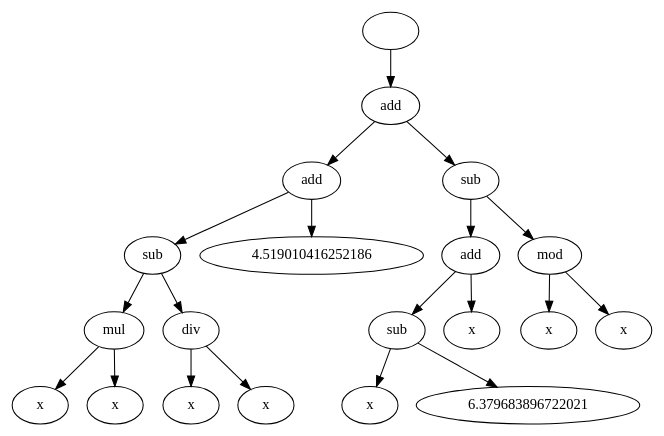
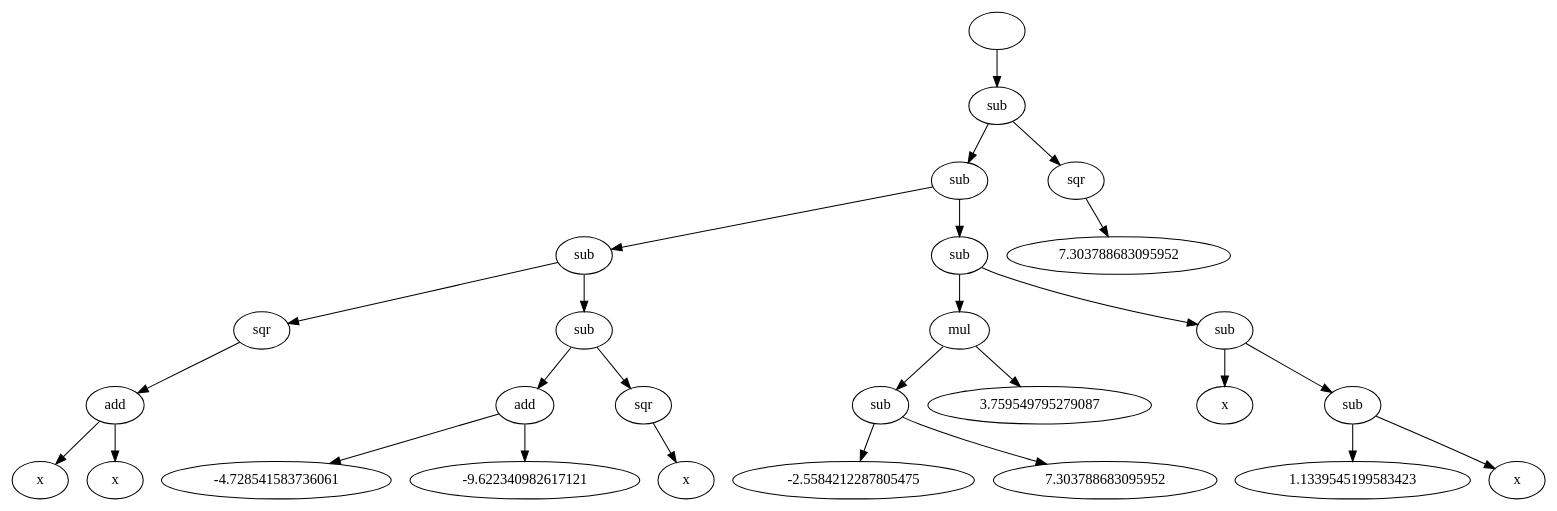
One commit to munifgebara/josilTs changed the diagram in report/best.dot. Above: the diagram before and after it, drawn with Graphviz. The commit also changed 46 other files, not shown here.

```diff
--- a/report/best.dot
+++ b/report/best.dot
@@ -1,41 +1,55 @@
- digraph G5508423 {
-N5508423 [label=""];
-N5508423 -> N5508424;
-N5508424 [label="add"];
-N5508424 -> N5508425;
-N5508425 [label="add"];
-N5508425 -> N5508426;
-N5508426 [label="sub"];
-N5508426 -> N5508427;
-N5508427 [label="mul"];
-N5508427 -> N5508428;
-N5508428 [label="x"];
-N5508427 -> N5508429;
-N5508429 [label="x"];
-N5508426 -> N5508430;
-N5508430 [label="div"];
-N5508430 -> N5508431;
-N5508431 [label="x"];
-N5508430 -> N5508432;
-N5508432 [label="x"];
-N5508425 -> N5508433;
-N5508433 [label="4.519010416252186"];
-N5508424 -> N5508434;
-N5508434 [label="sub"];
-N5508434 -> N5508435;
-N5508435 [label="add"];
-N5508435 -> N5508436;
-N5508436 [label="sub"];
-N5508436 -> N5508437;
-N5508437 [label="x"];
-N5508436 -> N5508438;
-N5508438 [label="6.379683896722021"];
-N5508435 -> N5508439;
-N5508439 [label="x"];
-N5508434 -> N5508440;
-N5508440 [label="mod"];
-N5508440 -> N5508602;
-N5508602 [label="x"];
-N5508440 -> N5508444;
-N5508444 [label="x"];
+ digraph G6870003 {
+N6870003 [label=""];
+N6870003 -> N6870004;
+N6870004 [label="sub"];
+N6870004 -> N6870005;
+N6870005 [label="sub"];
+N6870005 -> N6870006;
+N6870006 [label="sub"];
+N6870006 -> N6870007;
+N6870007 [label="sqr"];
+N6870007 -> N6870008;
+N6870008 [label="add"];
+N6870008 -> N6870009;
+N6870009 [label="x"];
+N6870008 -> N6870010;
+N6870010 [label="x"];
+N6870006 -> N6870011;
+N6870011 [label="sub"];
+N6870011 -> N6870012;
+N6870012 [label="add"];
+N6870012 -> N6870013;
+N6870013 [label="-4.728541583736061"];
+N6870012 -> N6870014;
+N6870014 [label="-9.622340982617121"];
+N6870011 -> N6870015;
+N6870015 [label="sqr"];
+N6870015 -> N6870016;
+N6870016 [label="x"];
+N6870005 -> N6870017;
+N6870017 [label="sub"];
+N6870017 -> N6870018;
+N6870018 [label="mul"];
+N6870018 -> N6870019;
+N6870019 [label="sub"];
+N6870019 -> N6870020;
+N6870020 [label="-2.5584212287805475"];
+N6870019 -> N6870021;
+N6870021 [label="7.303788683095952"];
+N6870018 -> N6870022;
+N6870022 [label="3.759549795279087"];
+N6870017 -> N6870023;
+N6870023 [label="sub"];
+N6870023 -> N6870024;
+N6870024 [label="x"];
+N6870023 -> N6870025;
+N6870025 [label="sub"];
+N6870025 -> N6870026;
+N6870026 [label="1.1339545199583423"];
+N6870025 -> N6870236;
+N6870236 [label="x"];
+N6870004 -> N6870040;
+N6870040 [label="sqr"];
+N6870040 -> N6870041;
+N6870041 [label="7.303788683095952"];
 }
```
